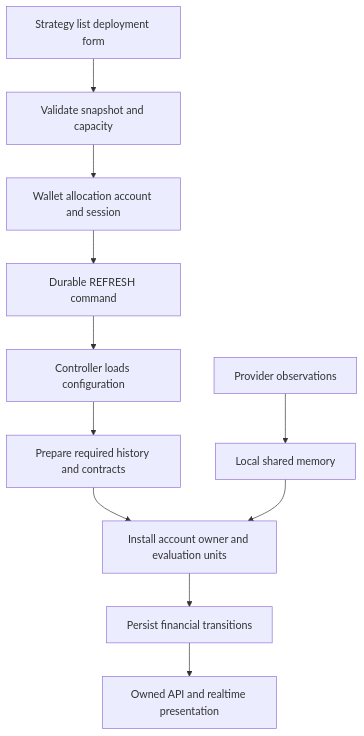
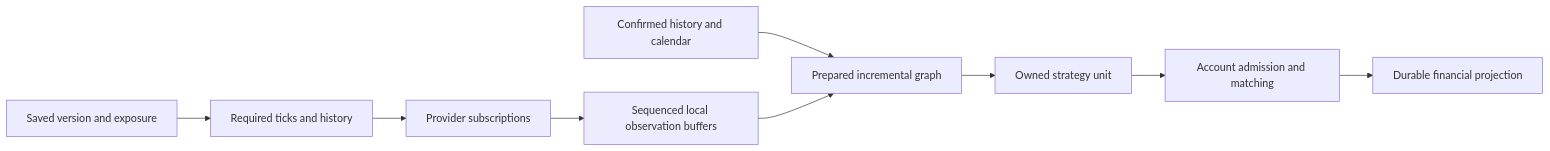
Before and after one commit to ayushkaneriya05/quantnest-platform: the diagram in docs/paper-trading.md, drawn with Mermaid. The commit also changed other lines of this file and 389 other files, not shown here.

````diff
--- a/docs/paper-trading.md
+++ b/docs/paper-trading.md
@@ -68,13 +108,11 @@
 ```mermaid
-flowchart TD
-  Form[Strategy list deployment form] --> Service[Validate snapshot and capacity]
-  Service --> DB[Wallet allocation account and session]
-  DB --> Command[Durable REFRESH command]
-  Command --> Controller[Controller loads configuration]
-  Controller --> Data[Prepare required history and contracts]
-  Data --> Worker[Install account owner and evaluation units]
-  Provider[Provider observations] --> SHM[Local shared memory]
-  SHM --> Worker
-  Worker --> Writer[Persist financial transitions]
-  Writer --> UI[Owned API and realtime presentation]
+flowchart LR
+    Deploy[Saved version and exposure] --> Demand[Required ticks and history]
+    Demand --> Feed[Provider subscriptions]
+    Feed --> Buffer[Sequenced local observation buffers]
+    History[Confirmed history and calendar] --> Graph[Prepared incremental graph]
+    Buffer --> Graph
+    Graph --> Unit[Owned strategy unit]
+    Unit --> Owner[Account admission and matching]
+    Owner --> Commit[Durable financial projection]
 ```
````
